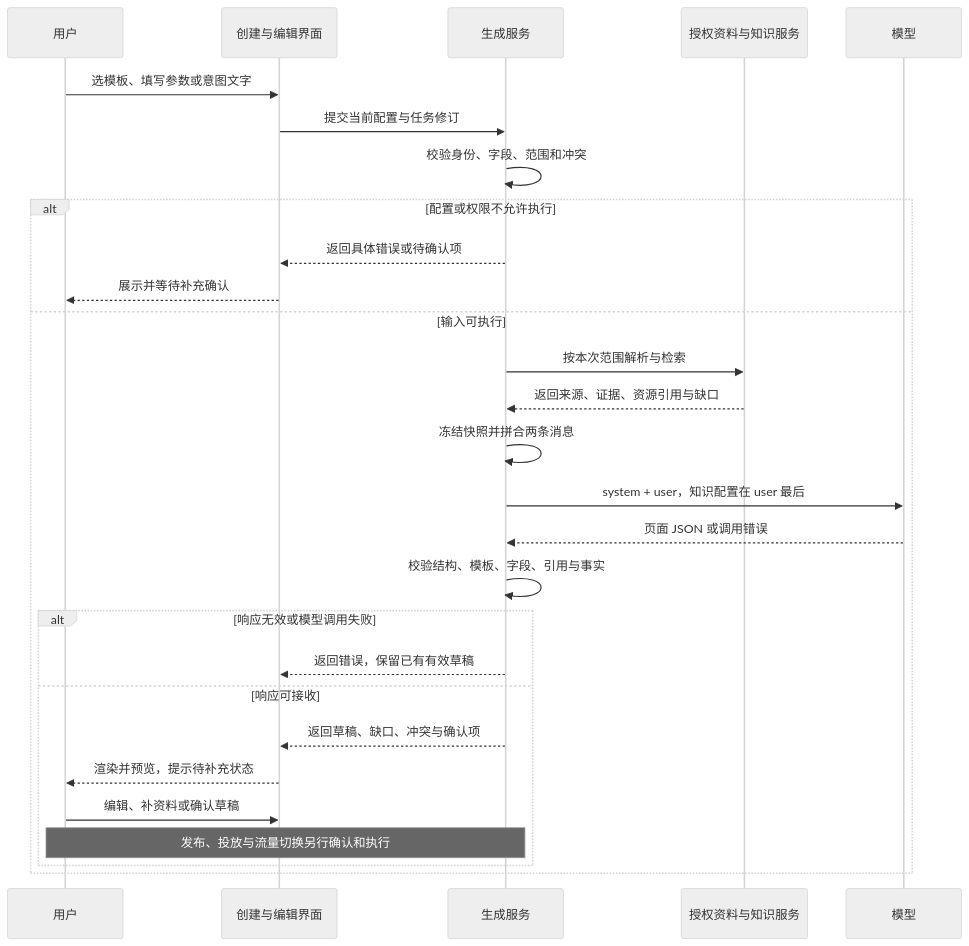
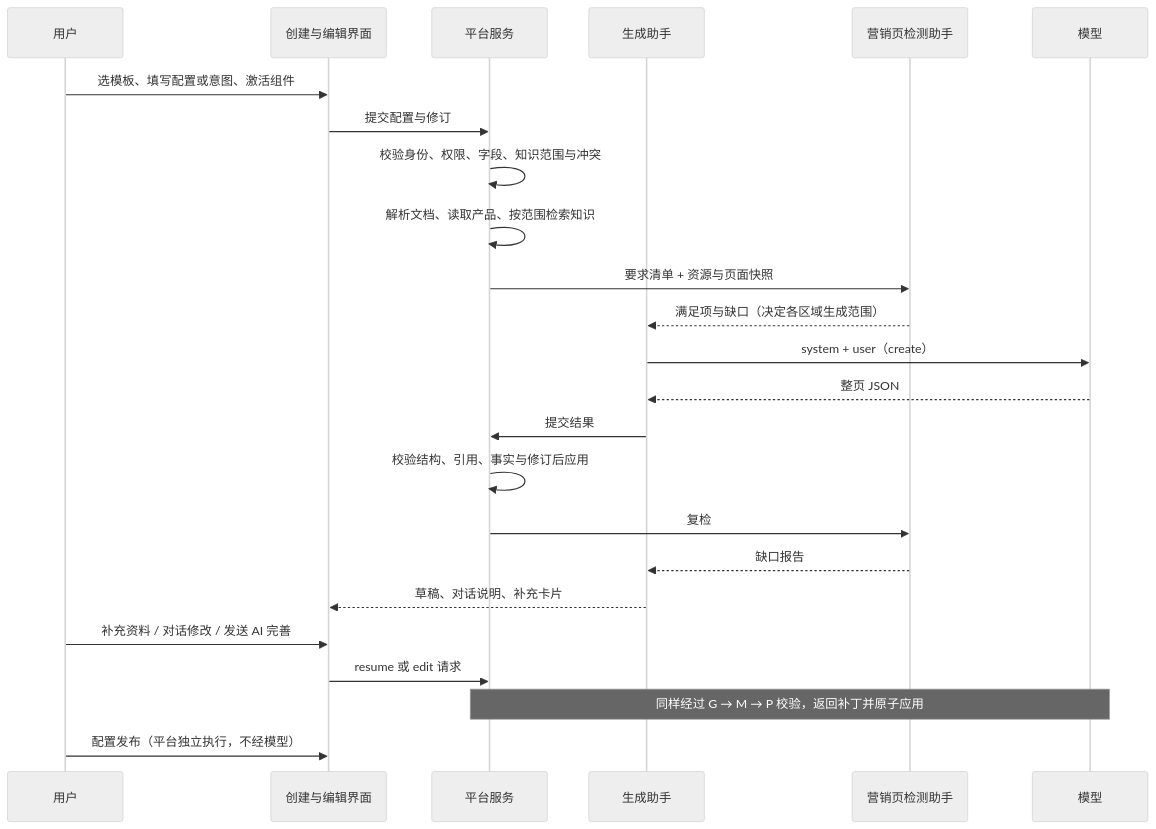
The first of 2 diagrams in marketing-frontend/docs/落地页提示词设计.md (ce-bj/growth-engine), drawn with Mermaid (neutral theme) before and after one commit. The commit also changed other lines of this file and 22 other files, not shown here.

````diff
--- a/marketing-frontend/docs/落地页提示词设计.md
+++ b/marketing-frontend/docs/落地页提示词设计.md
@@ -1213,30 +60,26 @@
 ```mermaid
 sequenceDiagram
     participant U as 用户
     participant UI as 创建与编辑界面
-    participant S as 生成服务
-    participant R as 授权资料与知识服务
+    participant P as 平台服务
+    participant G as 生成助手
+    participant C as 营销页检测助手
     participant M as 模型
-    U->>UI: 选模板、填写参数或意图文字
-    UI->>S: 提交当前配置与任务修订
-    S->>S: 校验身份、字段、范围和冲突
-    alt 配置或权限不允许执行
-        S-->>UI: 返回具体错误或待确认项
-        UI-->>U: 展示并等待补充确认
-    else 输入可执行
-        S->>R: 按本次范围解析与检索
-        R-->>S: 返回来源、证据、资源引用与缺口
-        S->>S: 冻结快照并拼合两条消息
-        S->>M: system + user，知识配置在 user 最后
-        M-->>S: 页面 JSON 或调用错误
-        S->>S: 校验结构、模板、字段、引用与事实
-        alt 响应无效或模型调用失败
-            S-->>UI: 返回错误，保留已有有效草稿
-        else 响应可接收
-            S-->>UI: 返回草稿、缺口、冲突与确认项
-            UI-->>U: 渲染并预览，提示待补充状态
-            U->>UI: 编辑、补资料或确认草稿
-            Note over U,S: 发布、投放与流量切换另行确认和执行
-        end
-    end
+    U->>UI: 选模板、填写配置或意图、激活组件
+    UI->>P: 提交配置与修订
+    P->>P: 校验身份、权限、字段、知识范围与冲突
+    P->>P: 解析文档、读取产品、按范围检索知识
+    P->>C: 要求清单 + 资源与页面快照
+    C-->>G: 满足项与缺口（决定各区域生成范围）
+    G->>M: system + user（create）
+    M-->>G: 整页 JSON
+    G->>P: 提交结果
+    P->>P: 校验结构、引用、事实与修订后应用
+    P->>C: 复检
+    C-->>G: 缺口报告
+    G-->>UI: 草稿、对话说明、补充卡片
+    U->>UI: 补充资料 / 对话修改 / 发送 AI 完善
+    UI->>P: resume 或 edit 请求
+    Note over P,M: 同样经过 G → M → P 校验，返回补丁并原子应用
+    U->>UI: 配置发布（平台独立执行，不经模型）
 ```
````
